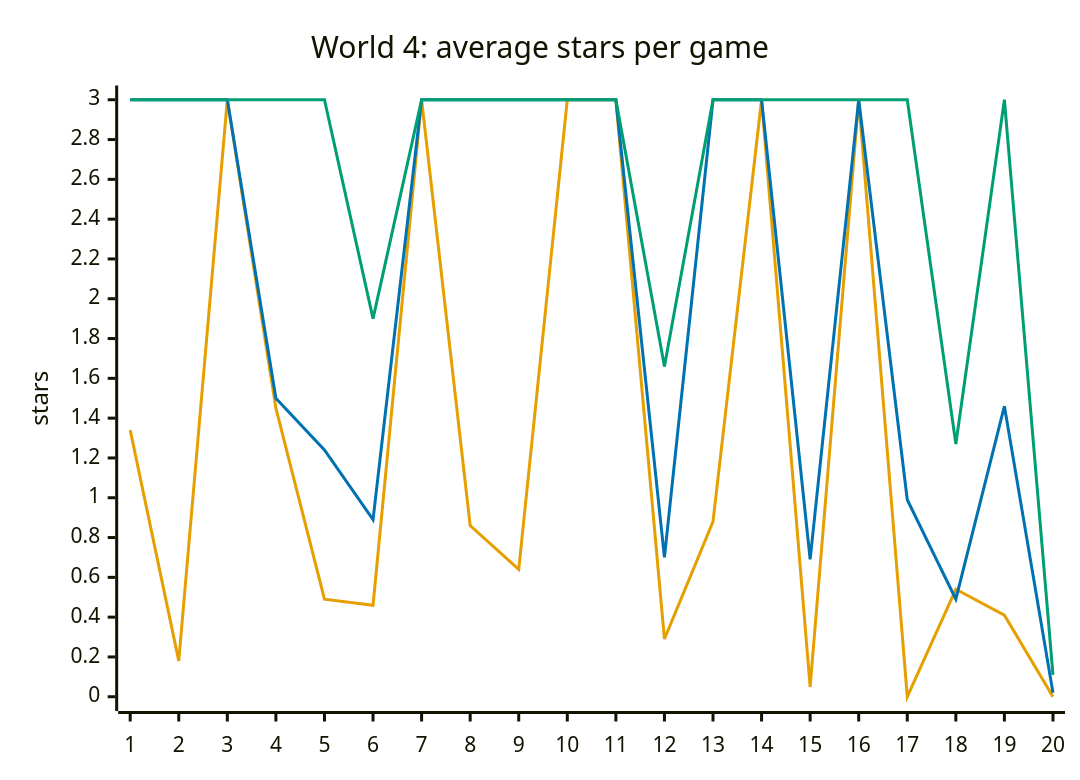
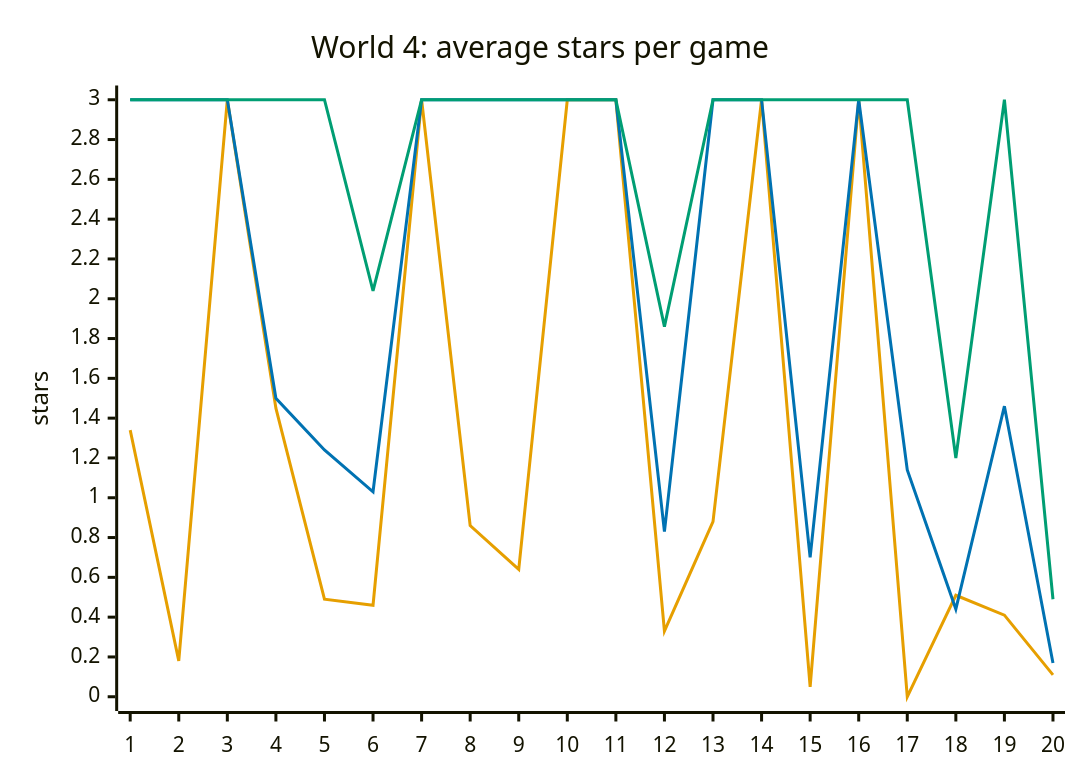
The eighth of 8 diagrams in docs/design/difficulty.md (Pavelya/dots), drawn with Mermaid before and after one commit. The commit also changed other lines of this file and 10 other files, not shown here.

````diff
--- a/docs/design/difficulty.md
+++ b/docs/design/difficulty.md
@@ -247,10 +259,10 @@
 ```mermaid
 %%{init: {"themeVariables": {"xyChart": {"plotColorPalette": "#E69F00, #0072B2, #009E73, #999999"}}}}%%
 xychart-beta
     title "World 4: average stars per game"
     x-axis ["1", "2", "3", "4", "5", "6", "7", "8", "9", "10", "11", "12", "13", "14", "15", "16", "17", "18", "19", "20"]
     y-axis "stars" 0 --> 3
-    line [1.34, 0.18, 3.00, 1.45, 0.49, 0.46, 3.00, 0.86, 0.64, 3.00, 3.00, 0.29, 0.88, 3.00, 0.05, 3.00, 0.00, 0.54, 0.41, 0.00]
-    line [3.00, 3.00, 3.00, 1.50, 1.24, 0.89, 3.00, 3.00, 3.00, 3.00, 3.00, 0.70, 3.00, 3.00, 0.69, 3.00, 0.99, 0.49, 1.46, 0.02]
-    line [3.00, 3.00, 3.00, 3.00, 3.00, 1.90, 3.00, 3.00, 3.00, 3.00, 3.00, 1.66, 3.00, 3.00, 3.00, 3.00, 3.00, 1.27, 3.00, 0.11]
+    line [1.34, 0.18, 3.00, 1.45, 0.49, 0.46, 3.00, 0.86, 0.64, 3.00, 3.00, 0.33, 0.88, 3.00, 0.05, 3.00, 0.00, 0.51, 0.41, 0.11]
+    line [3.00, 3.00, 3.00, 1.50, 1.24, 1.03, 3.00, 3.00, 3.00, 3.00, 3.00, 0.83, 3.00, 3.00, 0.70, 3.00, 1.14, 0.44, 1.46, 0.17]
+    line [3.00, 3.00, 3.00, 3.00, 3.00, 2.04, 3.00, 3.00, 3.00, 3.00, 3.00, 1.86, 3.00, 3.00, 3.00, 3.00, 3.00, 1.20, 3.00, 0.49]
 ```
````
